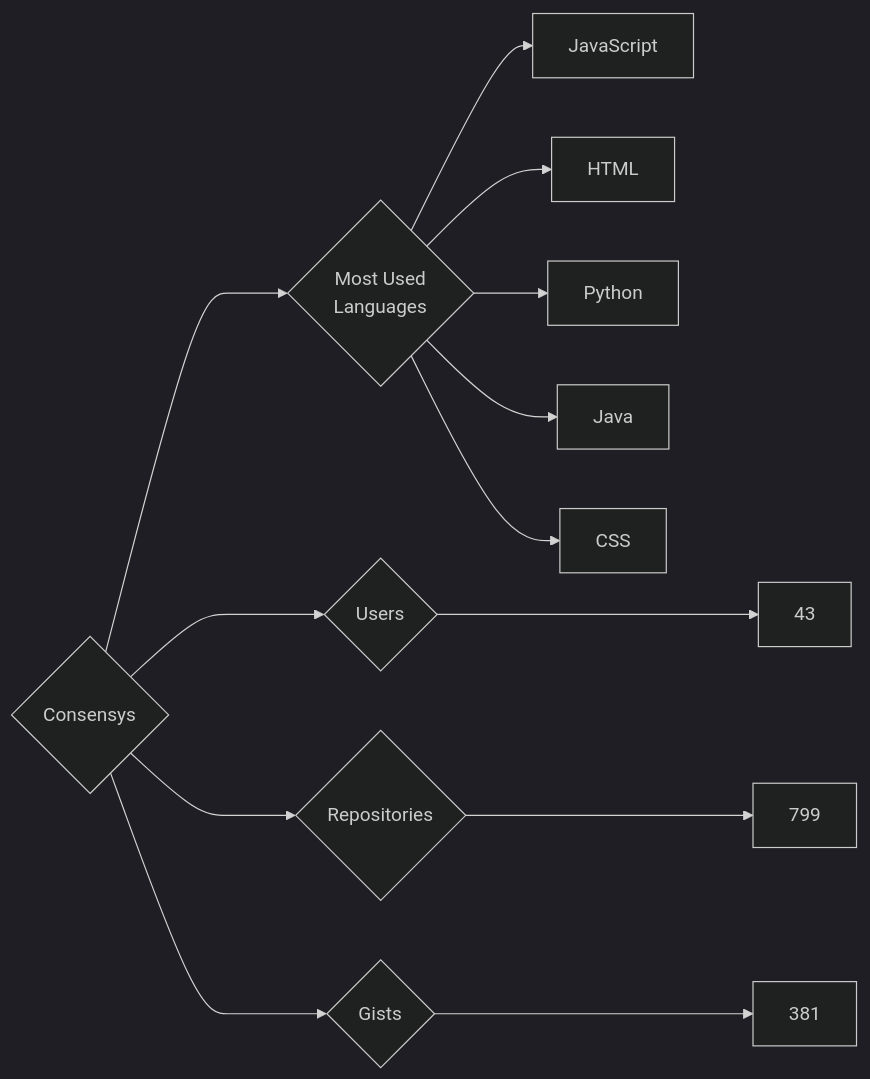
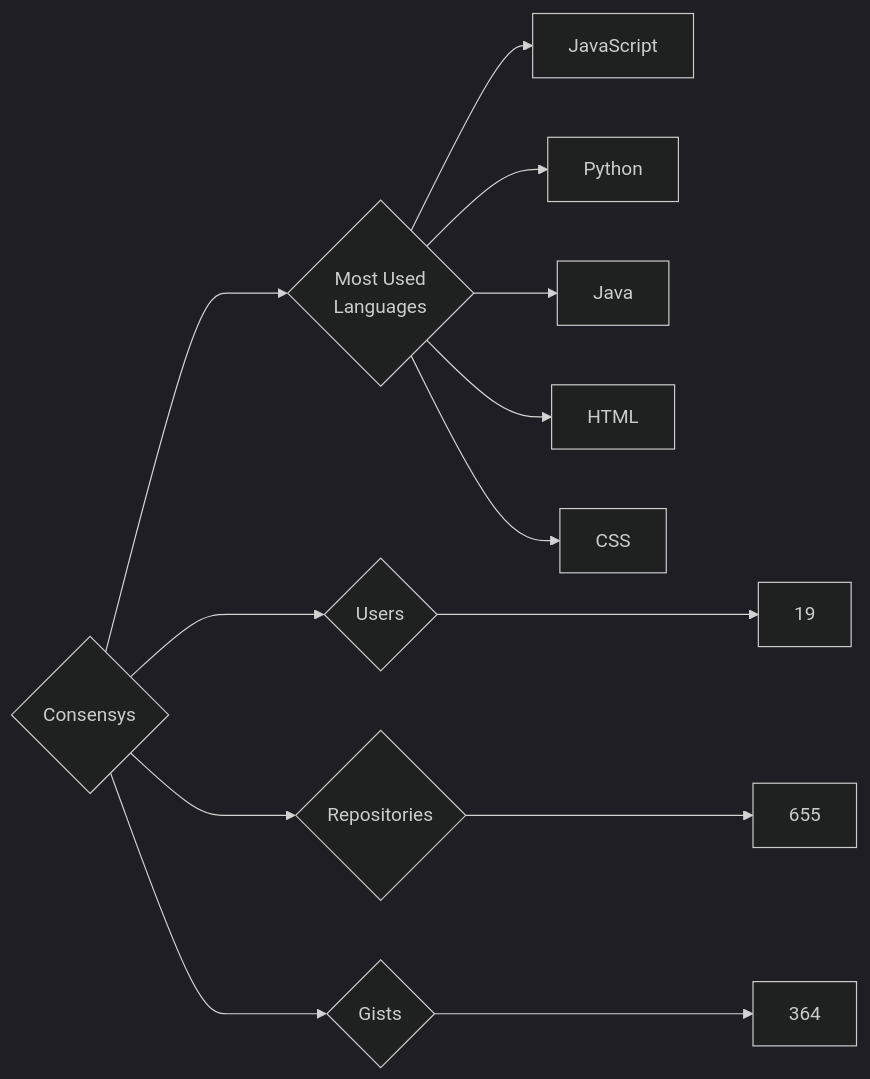
Before and after one commit to trickest/insiders: the diagram in targets/Consensys/README.md, drawn with Mermaid (dark theme). The commit also changed 440 other files, not shown here.

````diff
--- a/targets/Consensys/README.md
+++ b/targets/Consensys/README.md
@@ -3,13 +3,13 @@
 ```mermaid
 graph LR
 COMPANY_NAME{Consensys}
-COMPANY_NAME ---> U{Users} ---> UN[43]
-COMPANY_NAME ---> R{Repositories} ---> RN[799]
-COMPANY_NAME ---> G{Gists} ---> GN[381]
+COMPANY_NAME ---> U{Users} ---> UN[19]
+COMPANY_NAME ---> R{Repositories} ---> RN[655]
+COMPANY_NAME ---> G{Gists} ---> GN[364]
 COMPANY_NAME ---> ML{Most Used<br>Languages}
 ML --> JavaScript[JavaScript]
-ML --> HTML[HTML]
 ML --> Python[Python]
 ML --> Java[Java]
+ML --> HTML[HTML]
 ML --> CSS[CSS]
 ```
````
